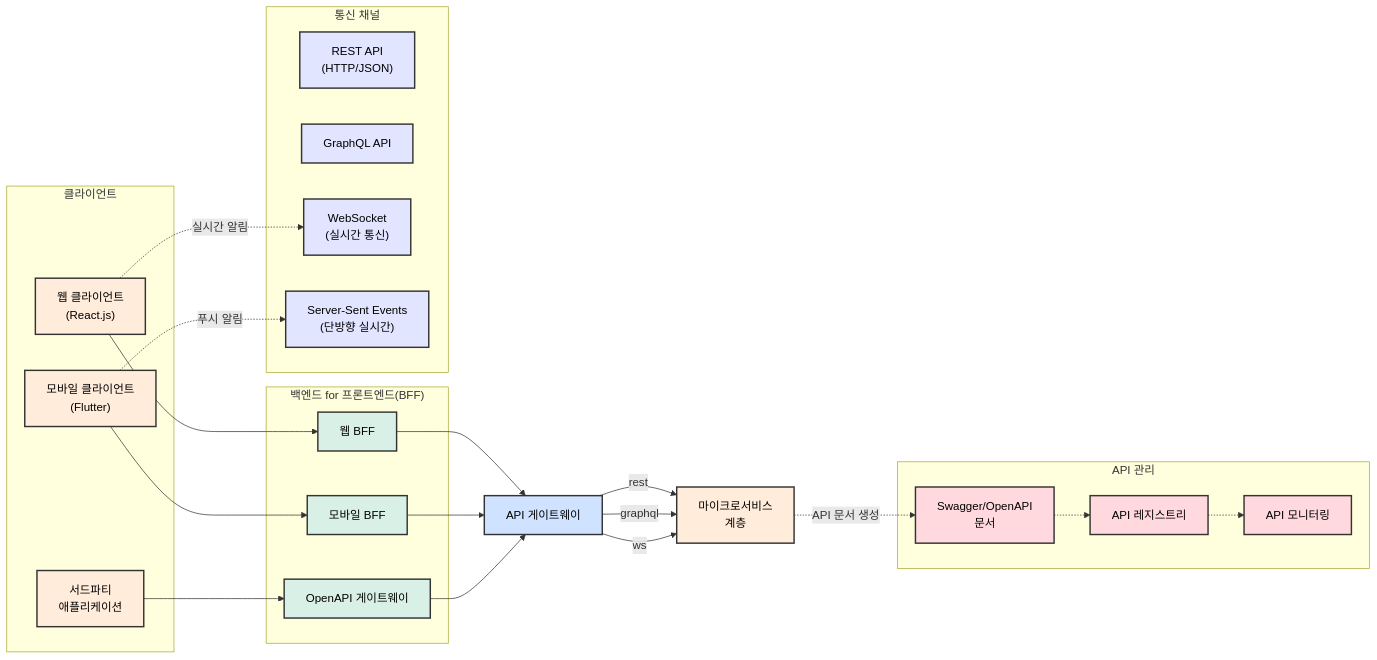
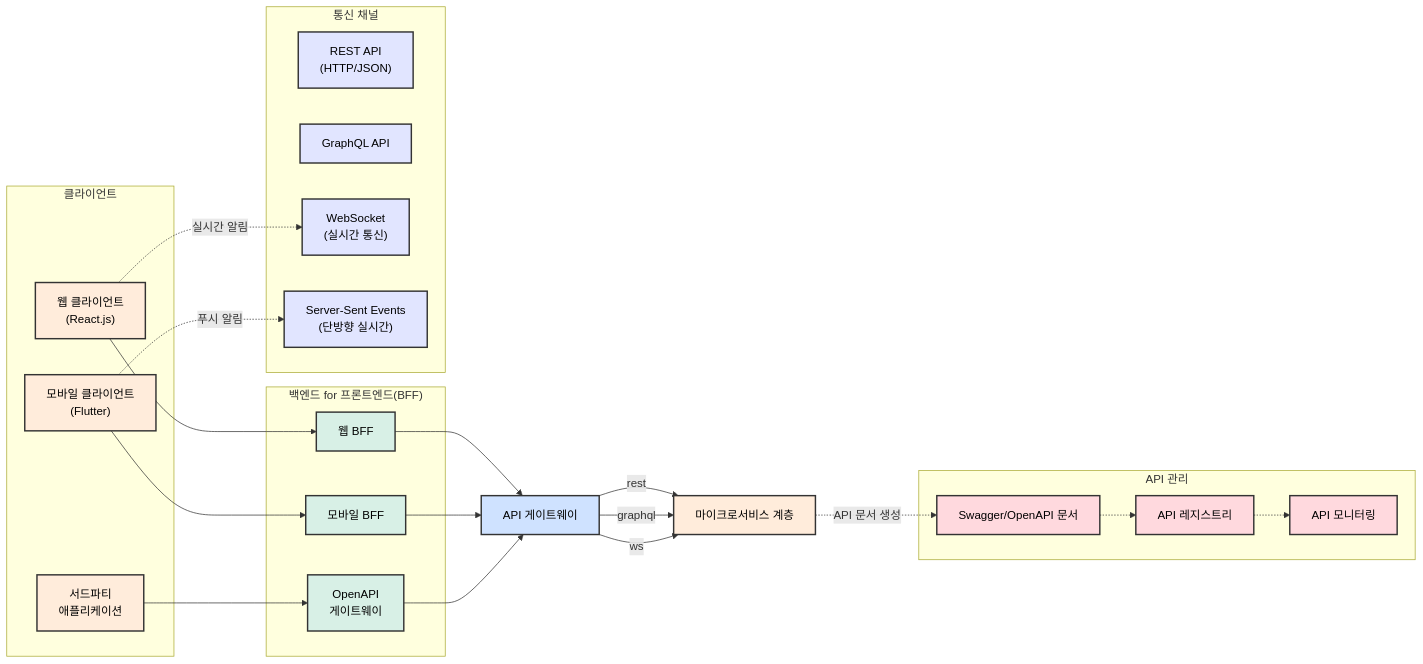
Before and after one commit to sch0718/landmark: the seventh of 7 diagrams in README.md, drawn with Mermaid. The commit also changed other lines of this file, not shown here.

Commit message:
docs: README.md mermaid 줄바꿈 수정

````diff
--- a/README.md
+++ b/README.md
@@ -737,24 +765,31 @@
 ```mermaid
 flowchart LR
     %% 클라이언트 노드
-    webClient["웹 클라이언트\n(React.js)"]
-    mobileClient["모바일 클라이언트\n(Flutter)"]
-    thirdParty["서드파티\n애플리케이션"]
+    webClient["`웹 클라이언트
+    (React.js)`"]
+    mobileClient["`모바일 클라이언트
+    (Flutter)`"]
+    thirdParty["`서드파티
+    애플리케이션`"]
     
     %% BFF 노드
     webBFF["웹 BFF"]
     mobileBFF["모바일 BFF"]
-    openAPI["OpenAPI 게이트웨이"]
+    openAPI["`OpenAPI
+    게이트웨이`"]
     
     %% 통신 채널
-    rest["REST API\n(HTTP/JSON)"]
+    rest["`REST API
+    (HTTP/JSON)`"]
     graphql["GraphQL API"]
-    ws["WebSocket\n(실시간 통신)"]
-    sse["Server-Sent Events\n(단방향 실시간)"]
+    ws["`WebSocket
+    (실시간 통신)`"]
+    sse["`Server-Sent Events
+    (단방향 실시간)`"]
     
     %% 서비스 계층
     apiGateway["API 게이트웨이"]
-    services["마이크로서비스\n계층"]
+    services["마이크로서비스 계층"]
     
     %% 클라이언트 연결
     webClient --> webBFF
@@ -776,7 +811,7 @@
     apiGateway -- ws --> services
     
     %% API 문서화 관련
-    swagger["Swagger/OpenAPI\n문서"]
+    swagger["Swagger/OpenAPI 문서"]
     apiRegistry["API 레지스트리"]
     apiMonitor["API 모니터링"]
     
````
